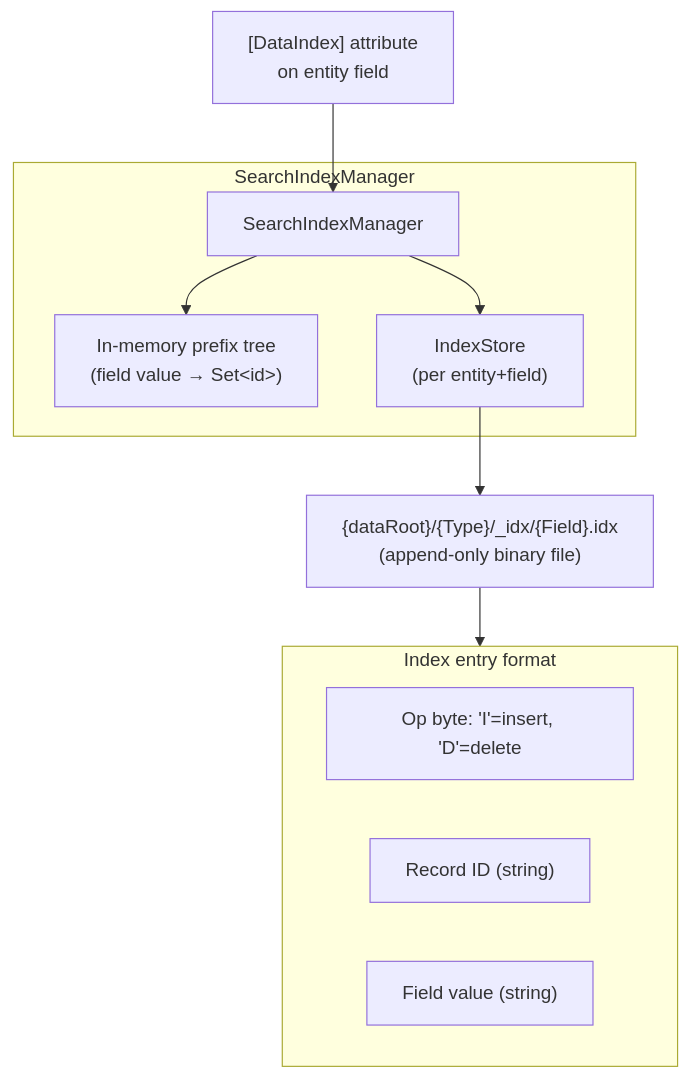
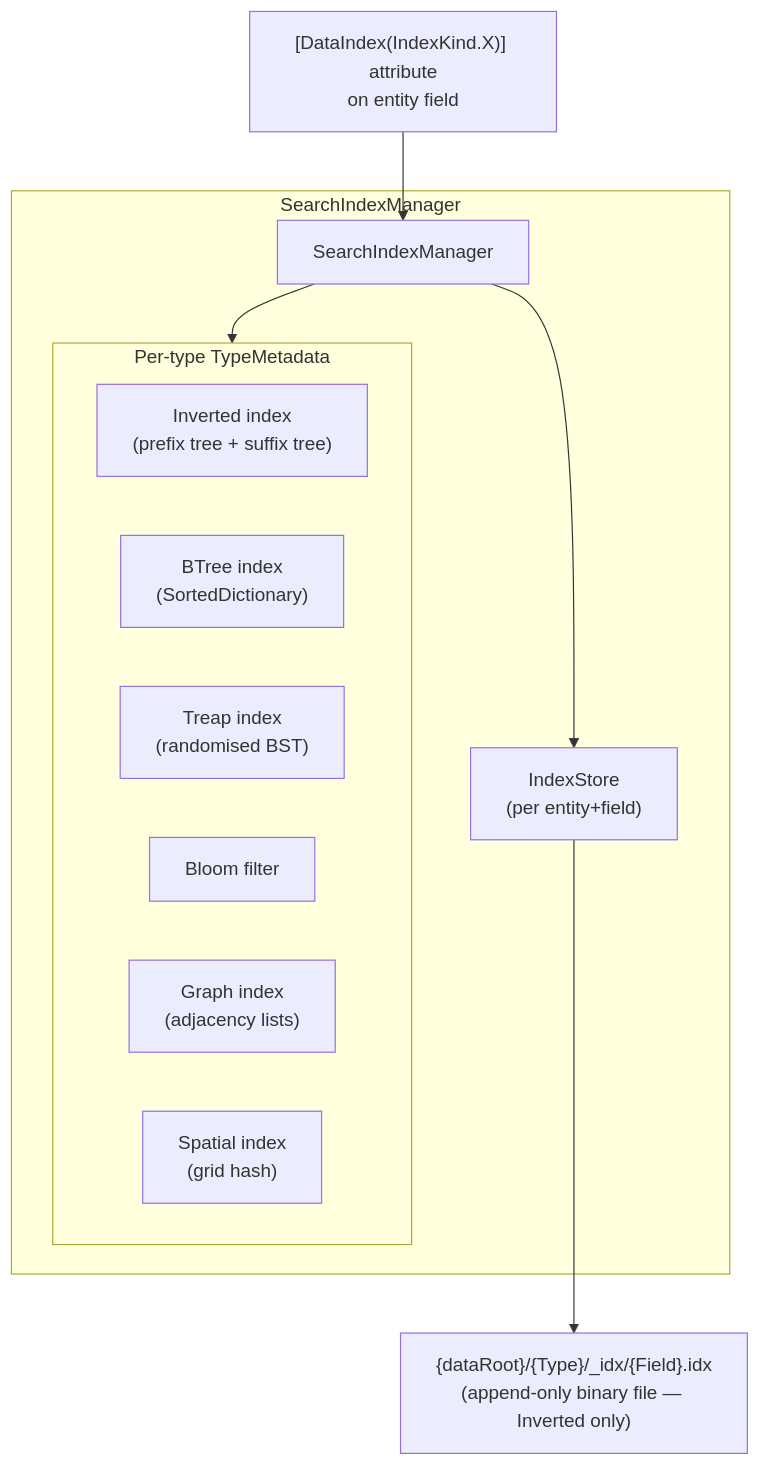
Before and after one commit to WillEastbury/BareMetalWeb: the first of 5 diagrams in docs/architecture/indexing.md, drawn with Mermaid. The commit also changed other lines of this file and 6 other files, not shown here.

Commit message:
docs: comprehensive documentation run - handlers reference, vector index, graph/spatial indexes, architecture updates

````diff
--- a/docs/architecture/indexing.md
+++ b/docs/architecture/indexing.md
@@ -9,21 +32,21 @@
 ```mermaid
 graph TD
     subgraph SearchIndexManager
         SIM["SearchIndexManager"]
-        PrefixTree["In-memory prefix tree<br/>(field value → Set&lt;id&gt;)"]
-        IS["IndexStore<br/>(per entity+field)"]
+        subgraph TypeMetadata["Per-type TypeMetadata"]
+            Inverted["Inverted index\n(prefix tree + suffix tree)"]
+            BTree["BTree index\n(SortedDictionary)"]
+            Treap["Treap index\n(randomised BST)"]
+            Bloom["Bloom filter"]
+            Graph["Graph index\n(adjacency lists)"]
+            Spatial["Spatial index\n(grid hash)"]
+        end
+        IS["IndexStore\n(per entity+field)"]
     end
 
-    DA["[DataIndex] attribute<br/>on entity field"] --> SIM
-    SIM --> PrefixTree
+    DA["[DataIndex(IndexKind.X)] attribute\non entity field"] --> SIM
+    SIM --> TypeMetadata
     SIM --> IS
 
-    IS --> IdxFile["{dataRoot}/{Type}/_idx/{Field}.idx<br/>(append-only binary file)"]
-
-    subgraph IdxEntry["Index entry format"]
-        Op["Op byte: 'I'=insert, 'D'=delete"]
-        Id["Record ID (string)"]
-        Val["Field value (string)"]
-    end
-    IdxFile --> IdxEntry
+    IS --> IdxFile["{dataRoot}/{Type}/_idx/{Field}.idx\n(append-only binary file — Inverted only)"]
 ```
````
